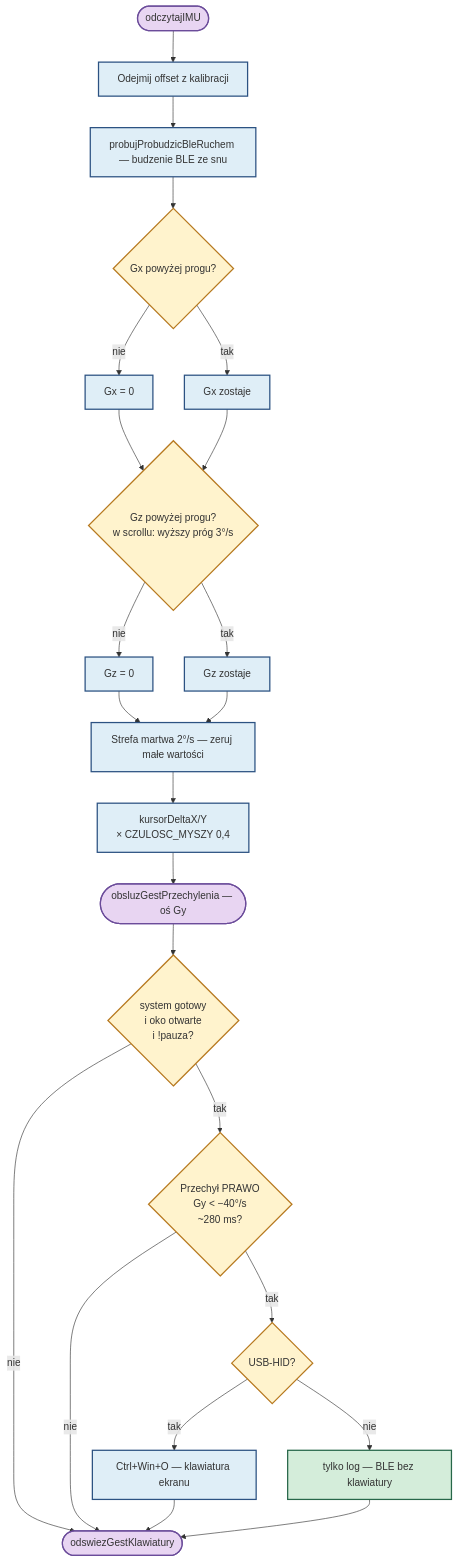
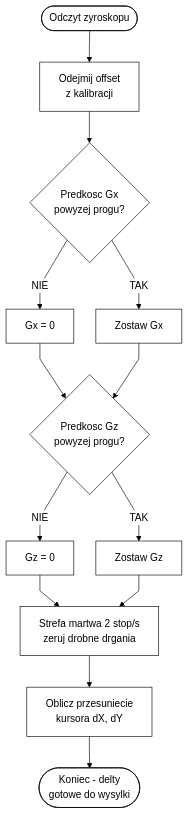
One commit to bartkadres-ai/HEFAS-4.0 changed the fourth of 11 diagrams in README.md. Above: the diagram before and after it, drawn with Mermaid. The commit also changed other lines of this file, not shown here.

````diff
--- a/README.md
+++ b/README.md
@@ -414,35 +375,16 @@
 ```mermaid
+%%{init: {'theme':'base','themeVariables':{'background':'#ffffff','mainBkg':'#ffffff','primaryColor':'#ffffff','primaryTextColor':'#000000','primaryBorderColor':'#000000','lineColor':'#000000','edgeLabelBackground':'#ffffff'},'flowchart':{'curve':'linear','nodeSpacing':35,'rankSpacing':50}}}%%
 flowchart TD
-    R([odczytajIMU]) --> OFF[Odejmij offset z kalibracji]
-    OFF --> BLEW[probujProbudzicBleRuchem — budzenie BLE ze snu]
-    BLEW --> PROGX{Gx powyżej progu?}
-    PROGX -->|nie| GX0[Gx = 0]
-    PROGX -->|tak| GX1[Gx zostaje]
-    GX0 --> PROGZ
-    GX1 --> PROGZ{Gz powyżej progu?<br/>w scrollu: wyższy próg 3°/s}
-    PROGZ -->|nie| GZ0[Gz = 0]
-    PROGZ -->|tak| GZ1[Gz zostaje]
-    GZ0 --> MARTWA
-    GZ1 --> MARTWA[Strefa martwa 2°/s — zeruj małe wartości]
-    MARTWA --> DELTA["kursorDeltaX/Y<br/>× CZULOSC_MYSZY 0,4"]
-    DELTA --> G([obsluzGestPrzechylenia — oś Gy])
-
-    G --> GOK{system gotowy<br/>i oko otwarte<br/>i !pauza?}
-    GOK -->|nie| GKON([odswiezGestKlawiatury])
-    GOK -->|tak| GY{Przechył PRAWO<br/>Gy &lt; −40°/s<br/>~280 ms?}
-    GY -->|tak| OSK{USB-HID?}
-    OSK -->|tak| KBD[Ctrl+Win+O — klawiatura ekranu]
-    OSK -->|nie| BLEONLY[tylko log — BLE bez klawiatury]
-    GY -->|nie| GKON
-    KBD --> GKON
-    BLEONLY --> GKON
-
-    classDef start fill:#e8d5f2,stroke:#6b4c9a,stroke-width:2px
-    classDef proc fill:#dfeef7,stroke:#2c5282,stroke-width:2px
-    classDef cond fill:#fff3cd,stroke:#b7791f,stroke-width:2px
-    classDef out fill:#d4edda,stroke:#276749,stroke-width:2px
-    class R,G,GKON start
-    class OFF,BLEW,GX0,GX1,GZ0,GZ1,MARTWA,DELTA,KBD proc
-    class PROGX,PROGZ,GOK,GY,OSK cond
-    class BLEONLY out
+    A([Odczyt zyroskopu]) --> B[Odejmij offset<br/>z kalibracji]
+    B --> C{Predkosc Gx<br/>powyzej progu?}
+    C -->|NIE| D[Gx = 0]
+    C -->|TAK| E[Zostaw Gx]
+    D --> F
+    E --> F{Predkosc Gz<br/>powyzej progu?}
+    F -->|NIE| G[Gz = 0]
+    F -->|TAK| H[Zostaw Gz]
+    G --> I
+    H --> I[Strefa martwa 2 stop/s<br/>zeruj drobne drgania]
+    I --> J[Oblicz przesuniecie<br/>kursora dX, dY]
+    J --> K([Koniec - delty<br/>gotowe do wysylki])
 ```
````
